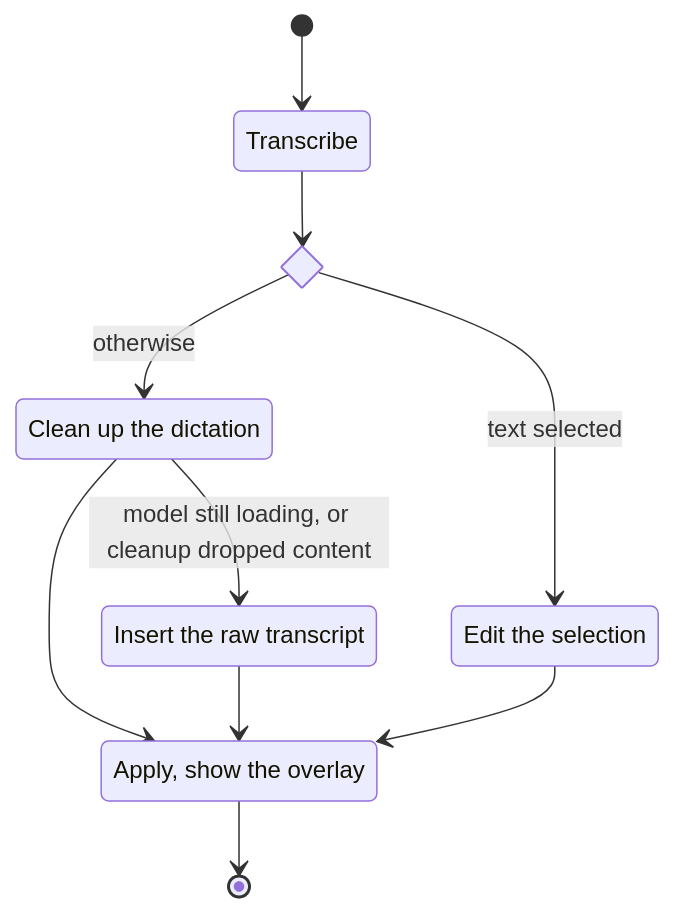
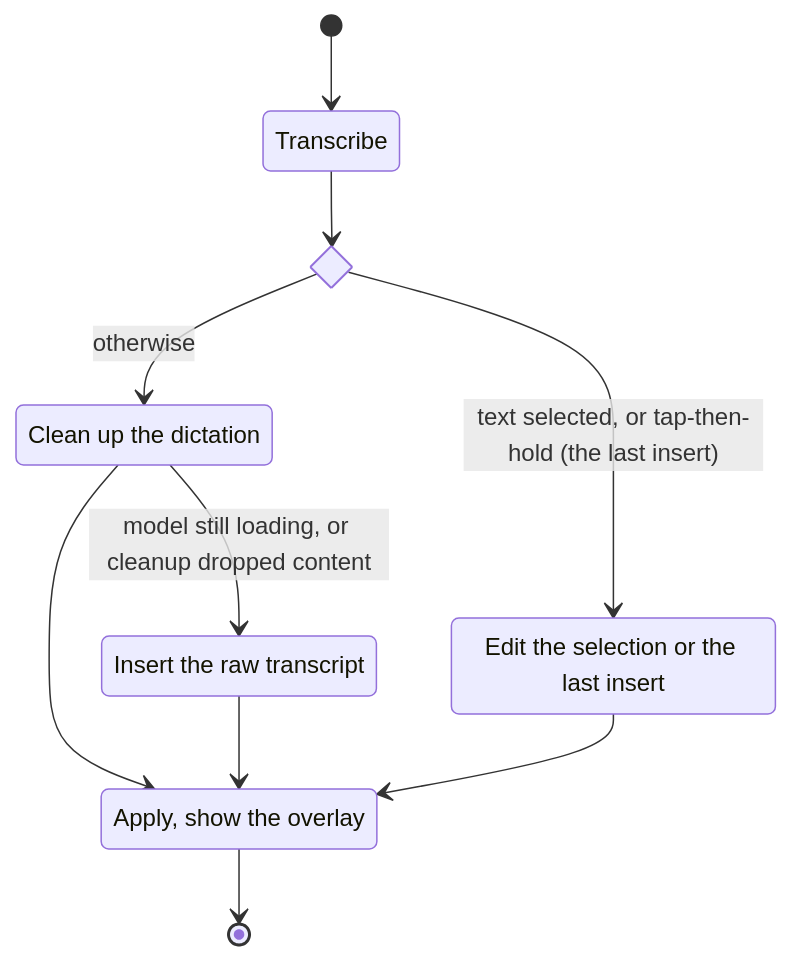
Before and after one commit to thirteen37/PopTalk: the second of 4 diagrams in docs/how-it-works.md, drawn with Mermaid. The commit also changed other lines of this file and 8 other files, not shown here.

First line of the commit message:
feat(hotkey): tap, then hold right ⌥ edits the last insert (#110)

````diff
--- a/docs/how-it-works.md
+++ b/docs/how-it-works.md
@@ -47,19 +48,19 @@
 ```mermaid
 stateDiagram-v2
     state "Transcribe" as Transcribe
     state which <<choice>>
-    state "Edit the selection" as Edit
+    state "Edit the selection or the last insert" as Edit
     state "Clean up the dictation" as Cleanup
     state "Insert the raw transcript" as Raw
     state "Apply, show the overlay" as Apply
 
     [*] --> Transcribe
     Transcribe --> which
-    which --> Edit: text selected
+    which --> Edit: text selected, or tap-then-hold (the last insert)
     which --> Cleanup: otherwise
     Cleanup --> Raw: model still loading, or cleanup dropped content
     Cleanup --> Apply
     Raw --> Apply
     Edit --> Apply
     Apply --> [*]
 ```
````
